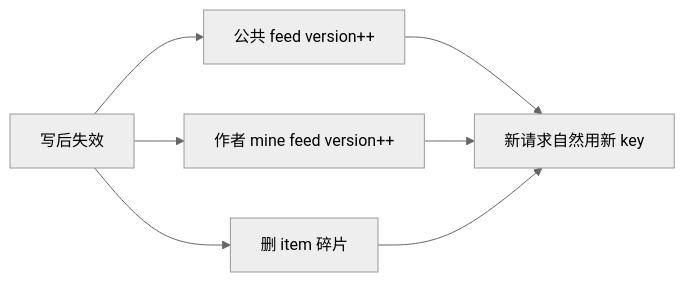
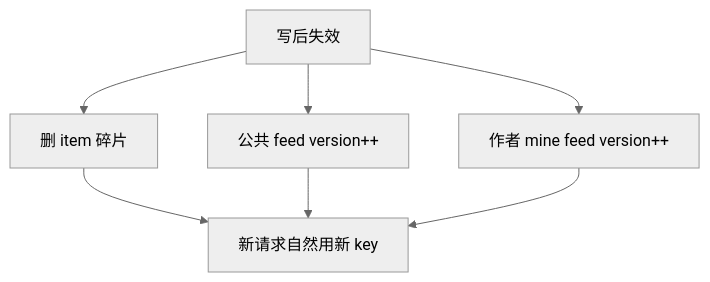
The seventh of 16 diagrams in docs/modules/04-知文内容缓存与Feed模块.md (bitladykiller/zhiguang_go), drawn with Mermaid (neutral theme) before and after one commit. The commit also changed other lines of this file and 11 other files, not shown here.

Commit message:
docs: 架构文档增强与纵向流程图

````diff
--- a/docs/modules/04-知文内容缓存与Feed模块.md
+++ b/docs/modules/04-知文内容缓存与Feed模块.md
@@ -318,9 +356,9 @@
 ```mermaid
-flowchart LR
+flowchart TD
     A[写后失效] --> B[删 item 碎片]
     A --> C[公共 feed version++]
     A --> D[作者 mine feed version++]
-    C --> E[新请求自然用新 key]
+    B --> E[新请求自然用新 key]
+    C --> E
     D --> E
-    B --> E
 ```
````
